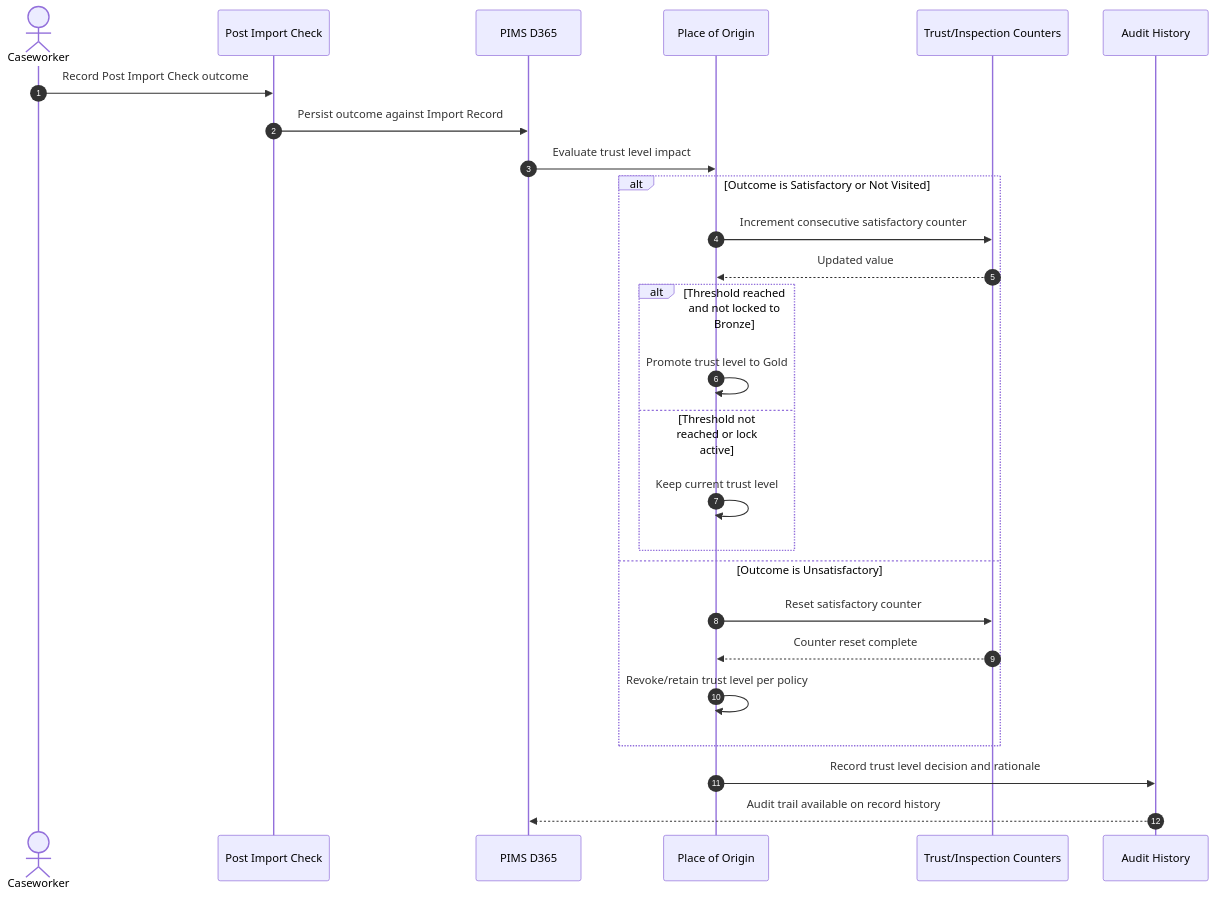
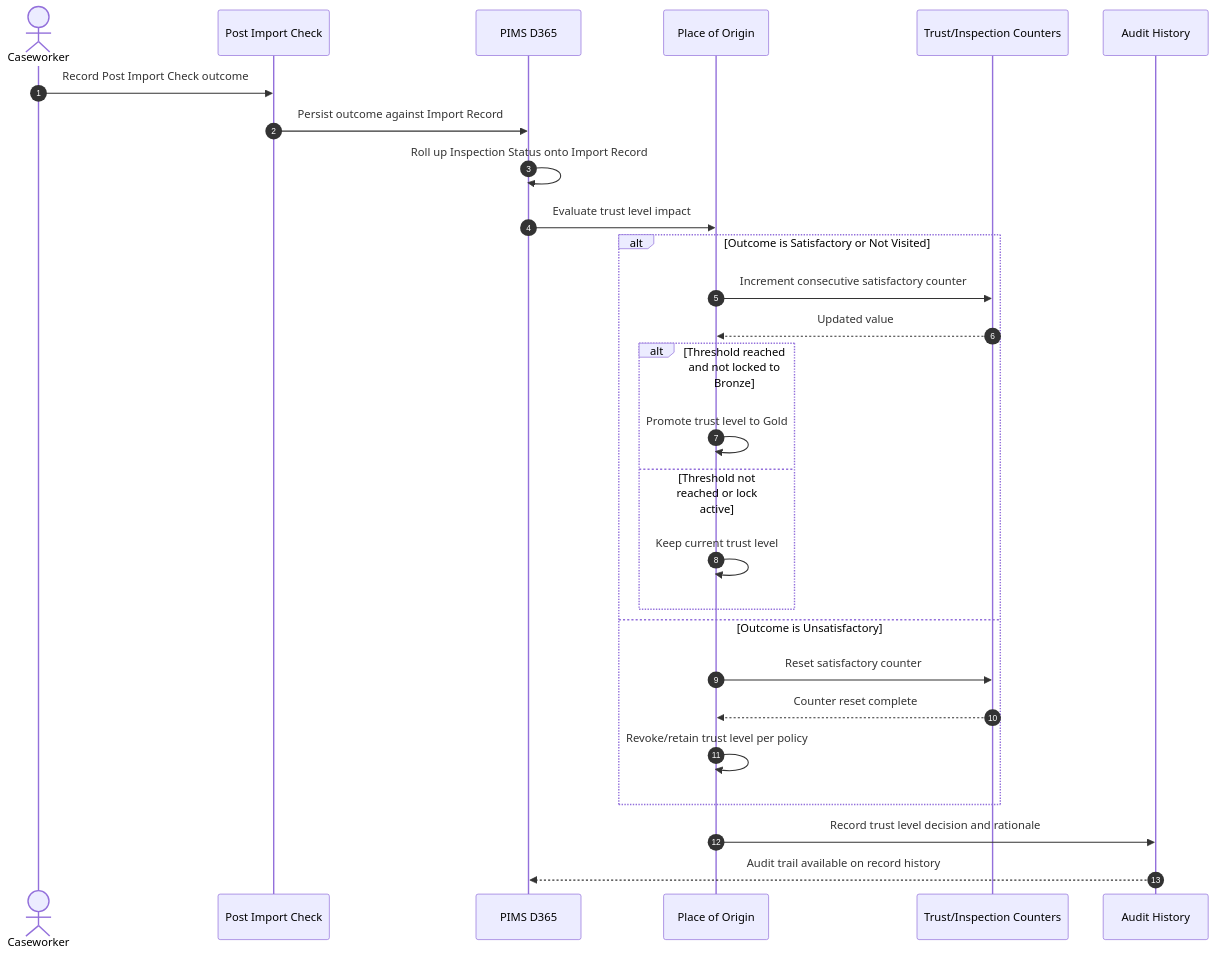
One commit to DEFRA/trade-imports-pims changed the fourth of 8 diagrams in docs/requirements/diagrams/sequence-diagrams.md. Above: the diagram before and after it, drawn with Mermaid. The commit also changed 8 other files, not shown here.

````diff
--- a/docs/requirements/diagrams/sequence-diagrams.md
+++ b/docs/requirements/diagrams/sequence-diagrams.md
@@ -90,29 +90,30 @@
 ```mermaid
 sequenceDiagram
     autonumber
     actor CW as Caseworker
     participant PIC as Post Import Check
     participant PIMS as PIMS D365
     participant PO as Place of Origin
     participant COUNTER as Trust/Inspection Counters
     participant AUDIT as Audit History
 
     CW->>PIC: Record Post Import Check outcome
     PIC->>PIMS: Persist outcome against Import Record
+    PIMS->>PIMS: Roll up Inspection Status onto Import Record
     PIMS->>PO: Evaluate trust level impact
     alt Outcome is Satisfactory or Not Visited
         PO->>COUNTER: Increment consecutive satisfactory counter
         COUNTER-->>PO: Updated value
         alt Threshold reached and not locked to Bronze
             PO->>PO: Promote trust level to Gold
         else Threshold not reached or lock active
             PO->>PO: Keep current trust level
         end
     else Outcome is Unsatisfactory
         PO->>COUNTER: Reset satisfactory counter
         COUNTER-->>PO: Counter reset complete
         PO->>PO: Revoke/retain trust level per policy
     end
     PO->>AUDIT: Record trust level decision and rationale
     AUDIT-->>PIMS: Audit trail available on record history
 ```
````
